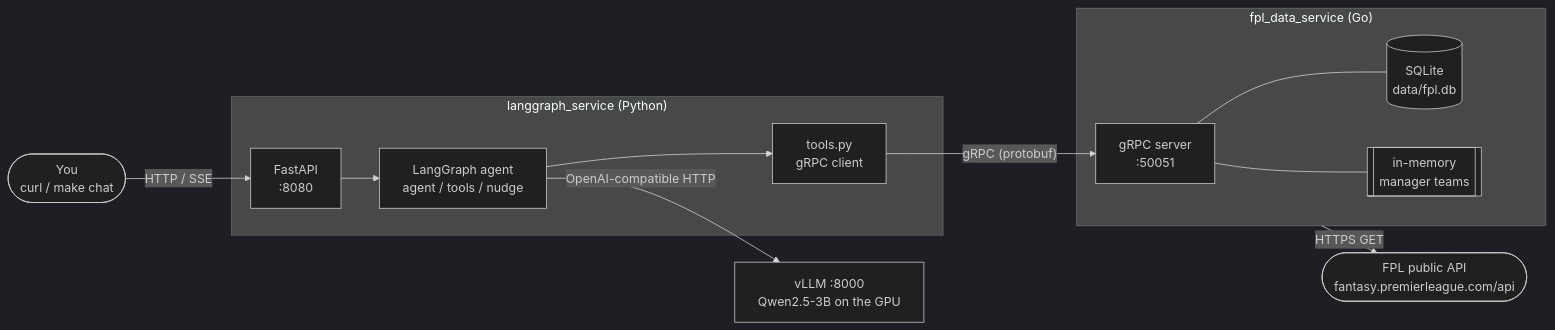
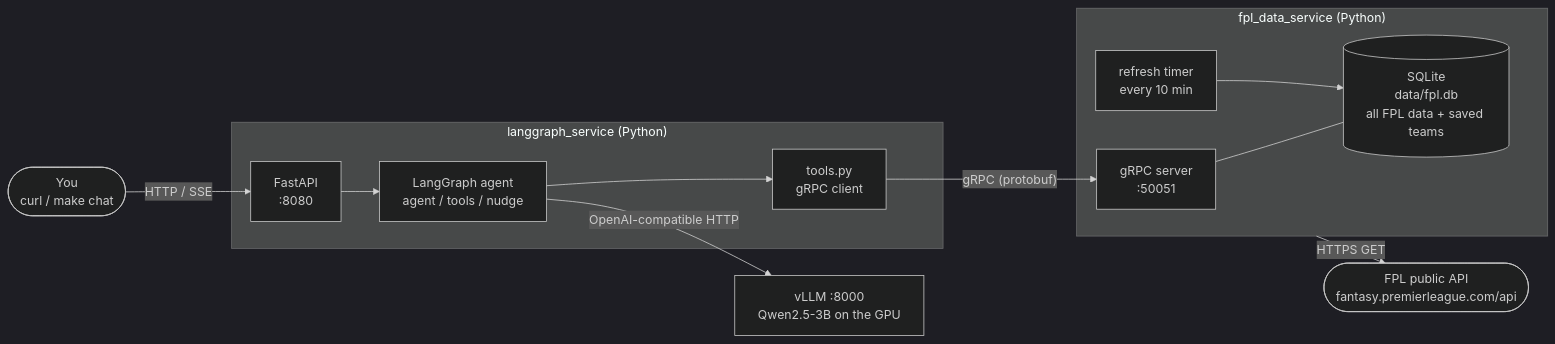
One commit to KaartikeyNatrajan/SquadScout changed the first of 13 diagrams in docs/architecture.md. Above: the diagram before and after it, drawn with Mermaid (dark theme). The commit also changed other lines of this file and 188 other files, not shown here.

Commit message:
Change data service to python and add more endpoints

````diff
--- a/docs/architecture.md
+++ b/docs/architecture.md
@@ -29,28 +30,28 @@
 ```mermaid
 flowchart LR
     user(["You<br/>curl / make chat"])
 
     subgraph py["langgraph_service (Python)"]
         api["FastAPI<br/>:8080"]
         agentgraph["LangGraph agent<br/>agent / tools / nudge"]
         tools["tools.py<br/>gRPC client"]
         api --> agentgraph --> tools
     end
 
     llm["vLLM :8000<br/>Qwen2.5-3B on the GPU"]
 
-    subgraph go["fpl_data_service (Go)"]
+    subgraph dataservice["fpl_data_service (Python)"]
         grpc["gRPC server<br/>:50051"]
-        sqlite[("SQLite<br/>data/fpl.db")]
-        mem[["in-memory<br/>manager teams"]]
+        sqlite[("SQLite<br/>data/fpl.db<br/>all FPL data + saved teams")]
+        timer["refresh timer<br/>every 10 min"]
         grpc --- sqlite
-        grpc --- mem
+        timer --> sqlite
     end
 
     fplapi(["FPL public API<br/>fantasy.premierleague.com/api"])
 
     user -- "HTTP / SSE" --> api
     agentgraph -- "OpenAI-compatible HTTP" --> llm
     tools -- "gRPC (protobuf)" --> grpc
-    go -- "HTTPS GET" --> fplapi
+    dataservice -- "HTTPS GET" --> fplapi
 ```
````
